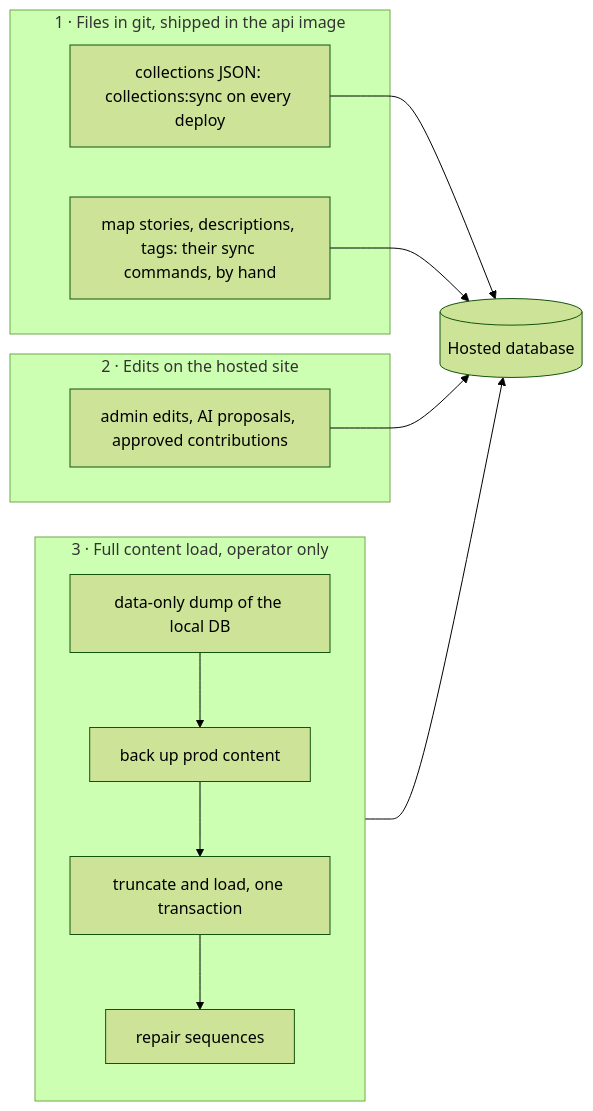
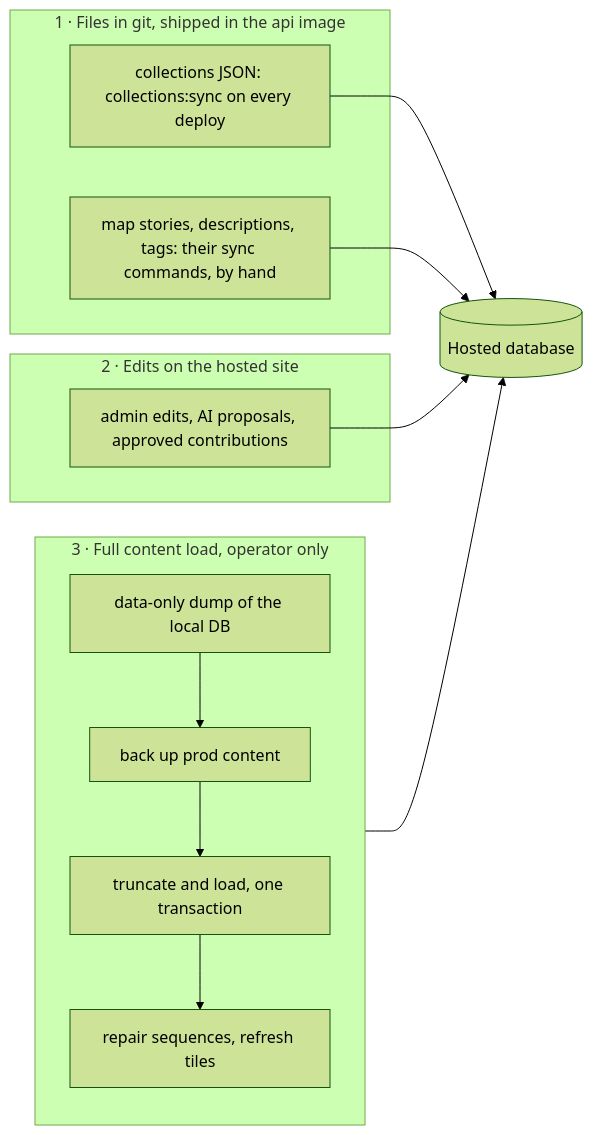
The third of 3 diagrams in docs/architecture/deployment.md (PickleSoda/history-mapped), drawn with Mermaid (forest theme) before and after one commit. The commit also changed other lines of this file and 2 other files, not shown here.

````diff
--- a/docs/architecture/deployment.md
+++ b/docs/architecture/deployment.md
@@ -119,18 +120,18 @@
 ```mermaid
 flowchart LR
     subgraph Git["1 · Files in git, shipped in the api image"]
         F1["collections JSON: collections:sync on every deploy"]
         F2["map stories, descriptions, tags: their sync commands, by hand"]
     end
     subgraph Live["2 · Edits on the hosted site"]
         E1["admin edits, AI proposals, approved contributions"]
     end
     subgraph Bulk["3 · Full content load, operator only"]
         direction TB
-        D1["data-only dump of the local DB"] --> D2["back up prod content"] --> D3["truncate and load, one transaction"] --> D4["repair sequences"]
+        D1["data-only dump of the local DB"] --> D2["back up prod content"] --> D3["truncate and load, one transaction"] --> D4["repair sequences, refresh tiles"]
     end
     F1 --> DB[(Hosted database)]
     F2 --> DB
     E1 --> DB
     Bulk --> DB
 ```
````
